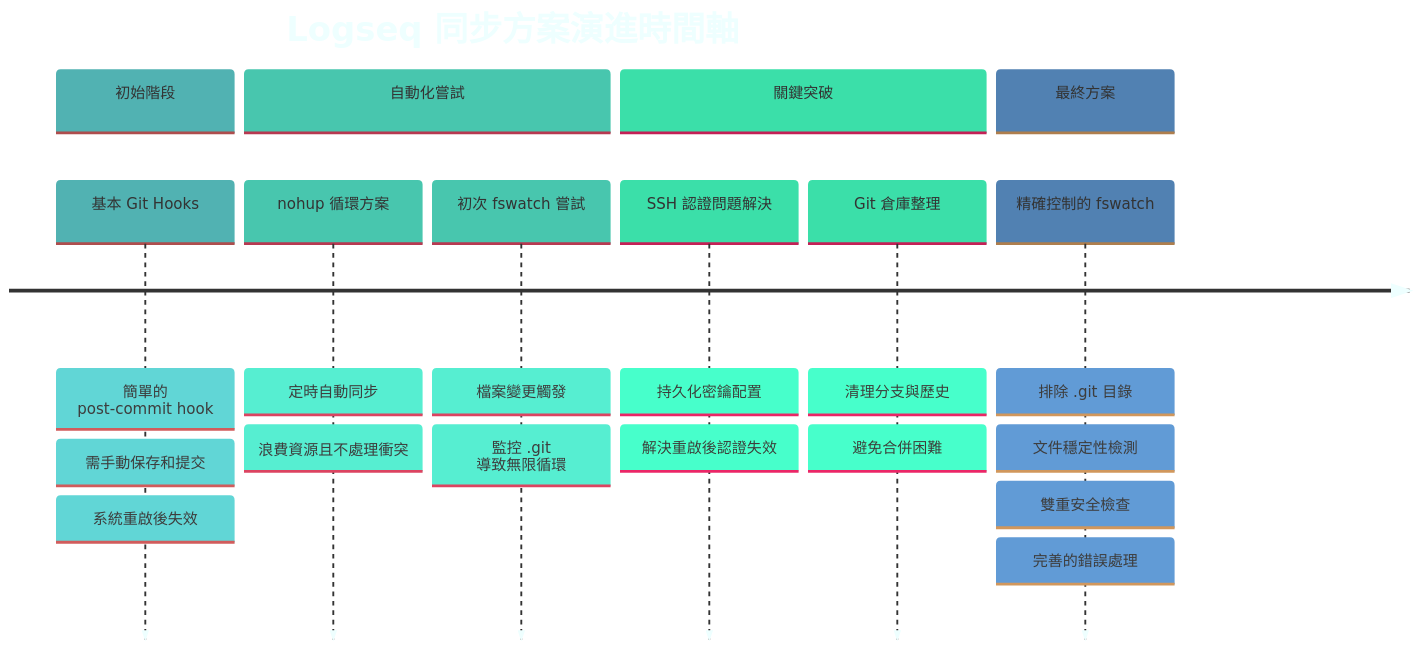
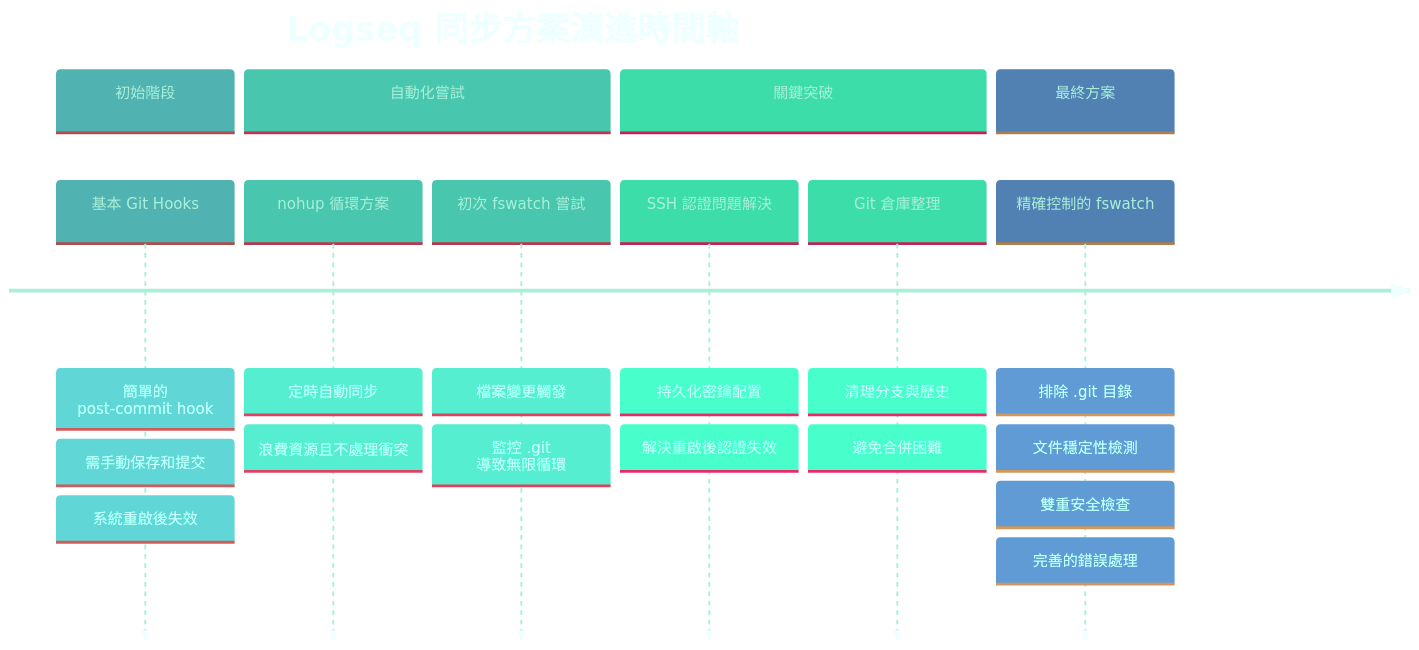
One commit to GengGeng026/Sync-Logseq changed the first of 2 diagrams in Logseq同步方案演進記錄.md. Above: the diagram before and after it, drawn with Mermaid.

Commit message:
Auto saved by Logseq

````diff
--- a/Logseq同步方案演進記錄.md
+++ b/Logseq同步方案演進記錄.md
@@ -24,38 +24,39 @@
 ```mermaid
 %%{init: {
   'theme': 'base', 
   'themeVariables': {
     'primaryColor': '#A9D9D9',
     'secondaryColor': '#A9E4D9',
-    'tertiaryColor': '#A9F1D9',
+    'tertiaryColor': '#A9F0D9',
+    'primaryTextColor': '#A9F0D9',
     'lineColor': '#A9D9D9',
     'primaryBorderColor': '#A9D9D9',
     'background': 'transparent',
     'textColor': '#EEFFFF',
     'nodeBorder': 'darkgrey',
     'clusterBkg': 'transparent',
     'titleColor': '#EEFFFF'
   }
 }}%%
 timeline
     title Logseq 同步方案演進時間軸
     section 初始階段
         基本 Git Hooks : 簡單的 post-commit hook
         : 需手動保存和提交
         : 系統重啟後失效
     section 自動化嘗試
         nohup 循環方案 : 定時自動同步
         : 浪費資源且不處理衝突
         初次 fswatch 嘗試 : 檔案變更觸發
         : 監控 .git 導致無限循環
     section 關鍵突破
         SSH 認證問題解決 : 持久化密鑰配置
         : 解決重啟後認證失效
         Git 倉庫整理 : 清理分支與歷史
         : 避免合併困難
     section 最終方案
         精確控制的 fswatch : 排除 .git 目錄
         : 文件穩定性檢測
         : 雙重安全檢查
         : 完善的錯誤處理
 ```
````
